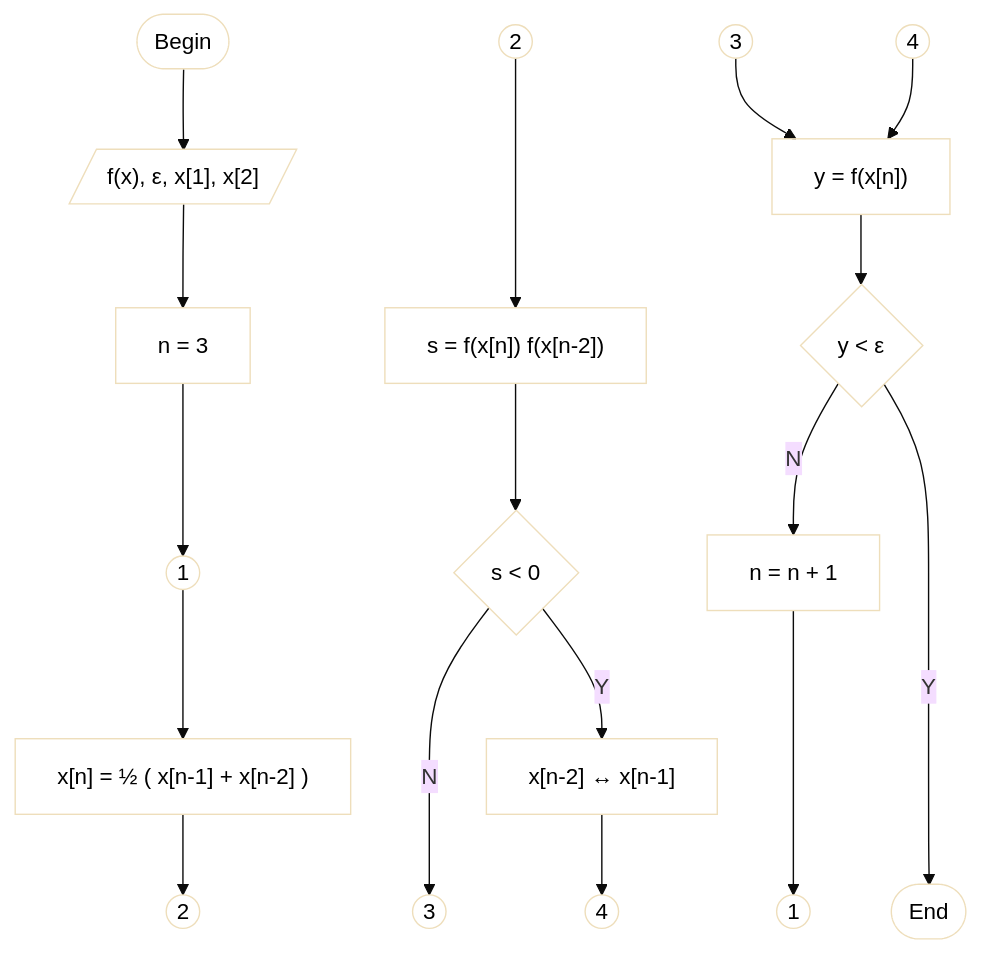
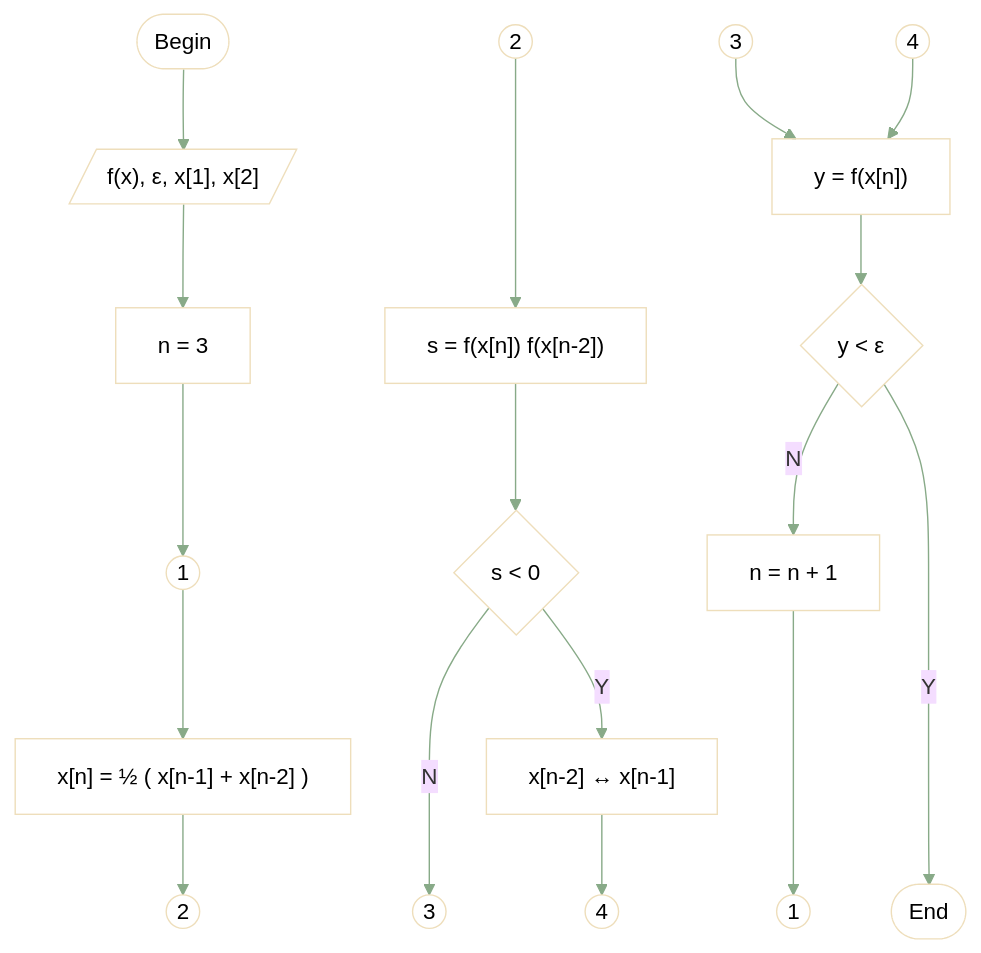
Before and after one commit to dudung/plaintext: the diagram in content/notes/misc/bisection_method.md, drawn with Mermaid (base theme). The commit also changed other lines of this file, not shown here.

```diff
--- a/content/notes/misc/bisection_method.md
+++ b/content/notes/misc/bisection_method.md
@@ -60,29 +60,30 @@
 {{< mermaid >}}
 flowchart TD
   B --> I --> P1 --> O1a --> P2 --> O2a
   O2b ---> P3 --> C1
   C1 --"N"---> O3a
   C1 --"Y"--> P4 --> O4a
   C2 --"N"--> P6 ---> O1b
   O3b & O4b --> P5 --> C2 --"Y"----> E
   C2{"y < &epsilon;"}
   C1{"s < 0"}
   P6["n = n + 1"]
   P5["y = f(x[n])"]
   P4["x[n-2] &harr; x[n-1]"]
   P3["s = f(x[n]) f(x[n-2])"]
   P2["x[n] = &half; ( x[n-1] + x[n-2] )"]
   P1["n = 3"]
   I[/"f(x), &epsilon;, x[1], x[2]"/]
   O4a(("4")); O4b(("4"));
   O3a(("3")); O3b(("3"));
   O2a(("2")); O2b(("2"));
   O1a(("1")); O1b(("1"));
   B(["Begin"])
   E(["End"])
-  classDef style1 fill:none, color:inherit;
-  classDef style2 fill:transparent, color:inherit;
-  class P1,P2,P3,P4,P5,P6 style1;
-  class C1,C2,B,E,I style1;
-  class O1a,O1b,O2a,O2b,O3a,O3b,O4a,O4b style2;
+  classDef style1 fill:none, color:inherit
+  classDef style2 fill:transparent, color:inherit
+  class P1,P2,P3,P4,P5,P6 style1
+  class C1,C2,B,E,I style1
+  class O1a,O1b,O2a,O2b,O3a,O3b,O4a,O4b style2
+  linkStyle default stroke:#8a8
 {{< /mermaid >}}
```
